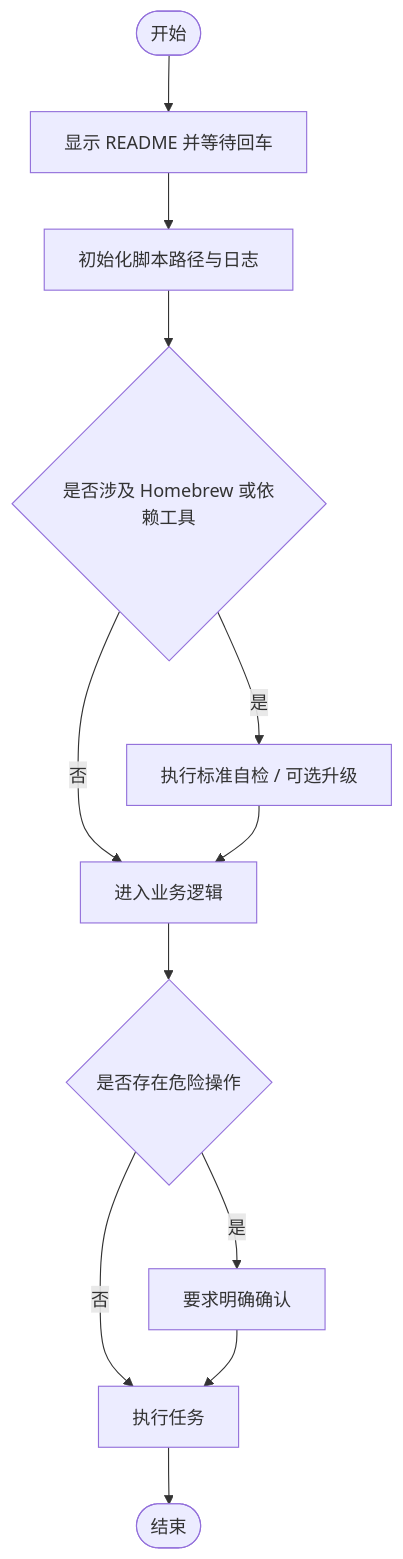
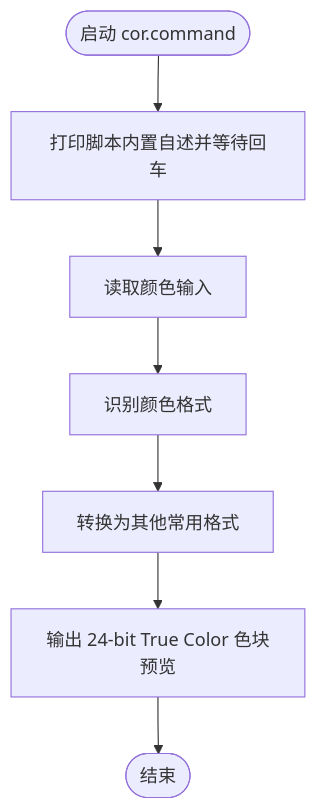
One commit to JobsKits/JobsCommand-Flutter changed the diagram in 小工具/【MacOS】🌞颜色格式的转换.command/README.md. Above: the diagram before and after it, drawn with Mermaid. The commit also changed other lines of this file and 1 other file, not shown here.

````diff
--- a/小工具/【MacOS】🌞颜色格式的转换.command/README.md
+++ b/小工具/【MacOS】🌞颜色格式的转换.command/README.md
@@ -70,14 +56,16 @@
 ```mermaid
-graph TD
-    A([开始]) --> B[显示 README 并等待回车]
-    B --> C[初始化脚本路径与日志]
-    C --> D{是否涉及 Homebrew 或依赖工具}
-    D --> |是| E[执行标准自检 / 可选升级]
-    D --> |否| F[进入业务逻辑]
-    E --> F[进入业务逻辑]
-    F --> G{是否存在危险操作}
-    G --> |是| H[要求明确确认]
-    G --> |否| I[执行任务]
-    H --> I[执行任务]
-    I --> J([结束])
+flowchart TD
+    A([启动 cor.command])
+    B[打印脚本内置自述并等待回车]
+    A --> B
+    C[读取颜色输入]
+    B --> C
+    D[识别颜色格式]
+    C --> D
+    E[转换为其他常用格式]
+    D --> E
+    F[输出 24-bit True Color 色块预览]
+    E --> F
+    G([结束])
+    F --> G
 ```
````
